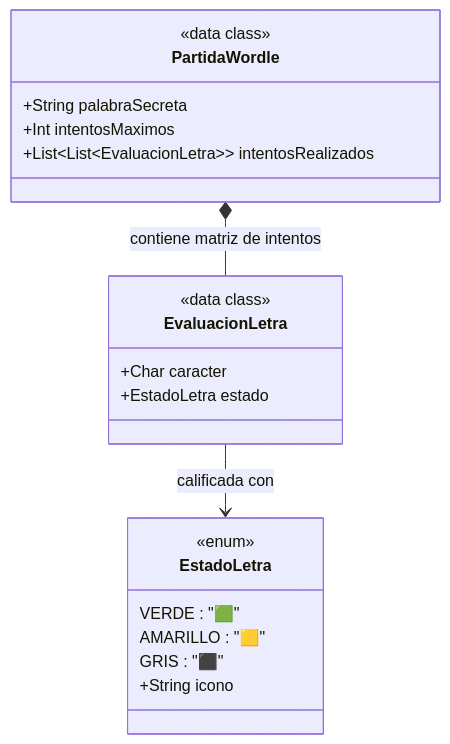
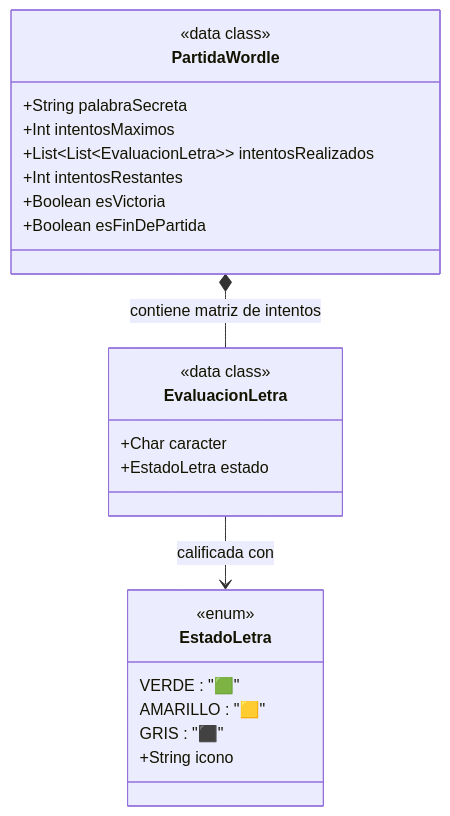
One commit to jssdocente/pmdm2627d changed the second of 2 diagrams in docs/temas/00-android/00-kotlin/ejercicios/03-poo-sealed-types.md. Above: the diagram before and after it, drawn with Mermaid. The commit also changed other lines of this file and 12 other files, not shown here.

````diff
--- a/docs/temas/00-android/00-kotlin/ejercicios/03-poo-sealed-types.md
+++ b/docs/temas/00-android/00-kotlin/ejercicios/03-poo-sealed-types.md
@@ -1744,26 +1782,29 @@
-    ```mermaid
-    classDiagram
-        class EstadoLetra {
-            <<enum>>
-            VERDE : "🟩"
-            AMARILLO : "🟨"
-            GRIS : "⬛"
-            +String icono
-        }
+        ```mermaid
+        classDiagram
+            class EstadoLetra {
+                <<enum>>
+                VERDE : "🟩"
+                AMARILLO : "🟨"
+                GRIS : "⬛"
+                +String icono
+            }
 
-        class EvaluacionLetra {
-            <<data class>>
-            +Char caracter
-            +EstadoLetra estado
-        }
+            class EvaluacionLetra {
+                <<data class>>
+                +Char caracter
+                +EstadoLetra estado
+            }
 
-        class PartidaWordle {
-            <<data class>>
-            +String palabraSecreta
-            +Int intentosMaximos
-            +List~List~EvaluacionLetra~~ intentosRealizados
-        }
+            class PartidaWordle {
+                <<data class>>
+                +String palabraSecreta
+                +Int intentosMaximos
+                +List~List~EvaluacionLetra~~ intentosRealizados
+                +Int intentosRestantes
+                +Boolean esVictoria
+                +Boolean esFinDePartida
+            }
 
-        PartidaWordle *-- EvaluacionLetra : contiene matriz de intentos
-        EvaluacionLetra --> EstadoLetra : calificada con
-    ```
+            PartidaWordle *-- EvaluacionLetra : contiene matriz de intentos
+            EvaluacionLetra --> EstadoLetra : calificada con
+        ```
````
